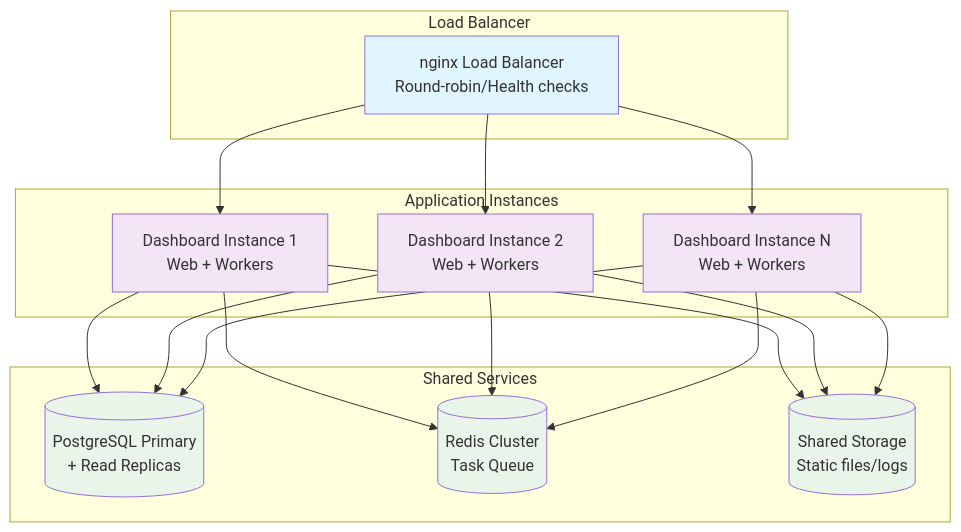
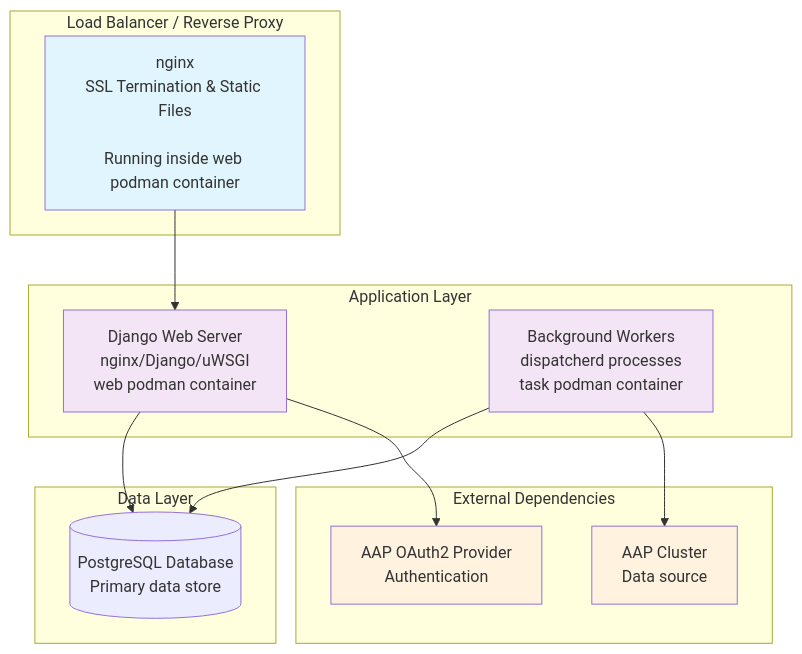
Before and after one commit to ansible/automation-reports: the second of 2 diagrams in docs/07-deployment-architecture.md, drawn with Mermaid. The commit also changed other lines of this file, not shown here.

Commit message:
Adjust docs/07-deployment-architecture.md

````diff
--- a/docs/07-deployment-architecture.md
+++ b/docs/07-deployment-architecture.md
@@ -531,42 +63,38 @@
 ```mermaid
 graph TB
-    subgraph "Load Balancer"
-        LB[nginx Load Balancer<br/>Round-robin/Health checks]
+    subgraph "Load Balancer / Reverse Proxy"
+        LB[nginx<br/>SSL Termination & Static Files<br/></br>Running inside web podman container]
     end
 
-    subgraph "Application Instances"
-        APP1[Dashboard Instance 1<br/>Web + Workers]
-        APP2[Dashboard Instance 2<br/>Web + Workers]
-        APP3[Dashboard Instance N<br/>Web + Workers]
+    subgraph "Application Layer"
+        WEB[Django Web Server<br/>nginx/Django/uWSGI<br/>web podman container]
+        WORKER[Background Workers<br/>dispatcherd processes<br/>task podman container]
     end
 
-    subgraph "Shared Services"
-        DB[(PostgreSQL Primary<br/>+ Read Replicas)]
-        REDIS[(Redis Cluster<br/>Task Queue)]
-        STORAGE[(Shared Storage<br/>Static files/logs)]
+    subgraph "Data Layer"
+        DB[(PostgreSQL Database<br/>Primary data store)]
     end
 
-    LB --> APP1
-    LB --> APP2
-    LB --> APP3
+    subgraph "External Dependencies"
+        AAP[AAP Cluster<br/>Data source]
+        OAUTH[AAP OAuth2 Provider<br/>Authentication]
+    end
 
-    APP1 --> DB
-    APP1 --> REDIS
-    APP1 --> STORAGE
+    LB --> WEB
+    WEB --> DB
+    WORKER --> DB
+    WORKER --> AAP
 
-    APP2 --> DB
-    APP2 --> REDIS
-    APP2 --> STORAGE
+    WEB --> OAUTH
 
-    APP3 --> DB
-    APP3 --> REDIS
-    APP3 --> STORAGE
+    classDef proxy fill:#e1f5fe
+    classDef app fill:#f3e5f5
+    classDef data fill:#e8f5e8
+    classDef external fill:#fff3e0
+    classDef deploy fill:#fce4ec
 
-    classDef lb fill:#e1f5fe
-    classDef app fill:#f3e5f5
-    classDef shared fill:#e8f5e8
-
-    class LB lb
-    class APP1,APP2,APP3 app
-    class DB,REDIS,STORAGE shared
+    class LB proxy
+    class WEB,WORKER app
+    class AAP,OAUTH external
+    class DOCKER,COMPOSE,K8S,PLAYBOOK,INVENTORY,ROLES deploy
 ```
````
